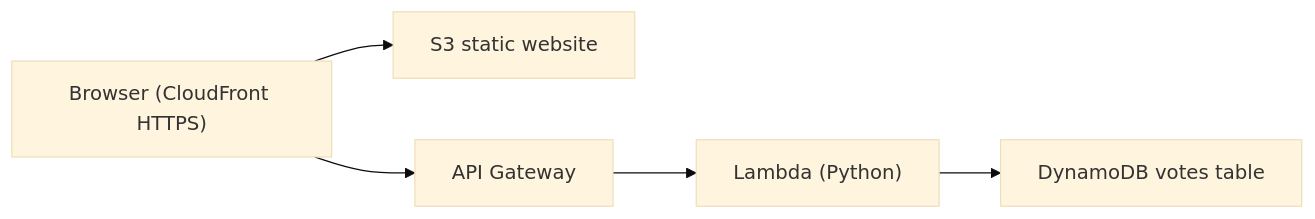
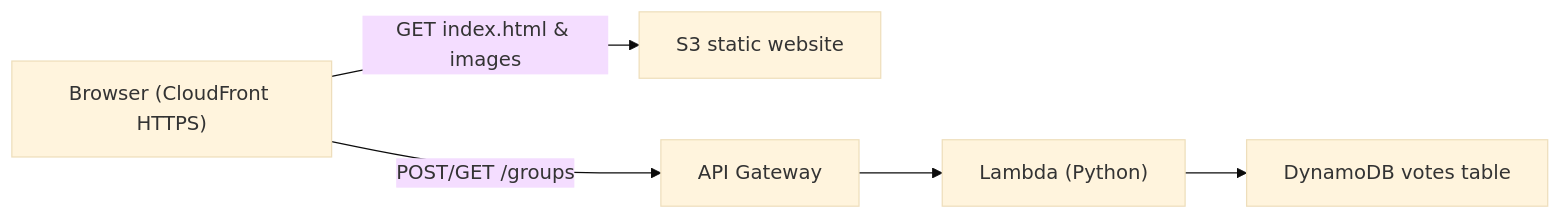
Before and after one commit to brianaendanawas/kpop-bias-picker: the diagram in README.md, drawn with Mermaid (base theme).

````diff
--- a/README.md
+++ b/README.md
@@ -80,13 +80,13 @@
 ```mermaid
 flowchart LR
   A["Browser (CloudFront HTTPS)"]
   B["S3 static website"]
   C["API Gateway"]
   D["Lambda (Python)"]
   E["DynamoDB votes table"]
 
-  A --> B
-  A --> C
+  A -- "GET index.html & images" --> B
+  A -- "POST/GET /groups" --> C
   C --> D
   D --> E
 ```
````
